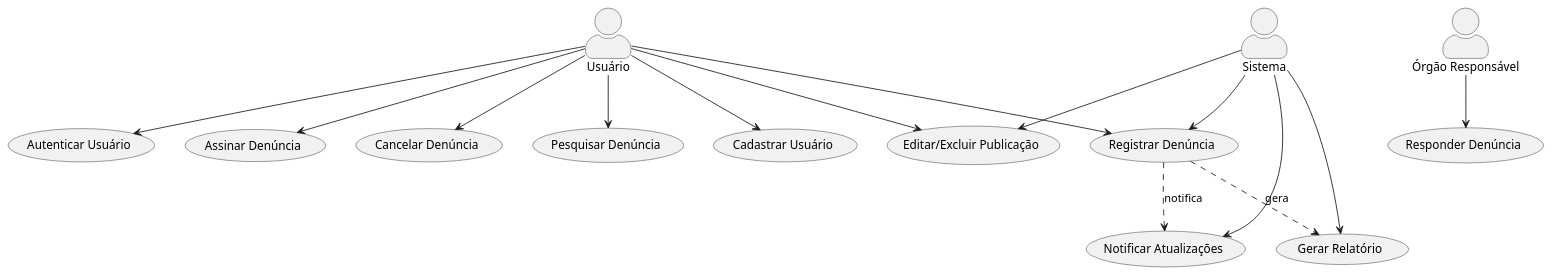
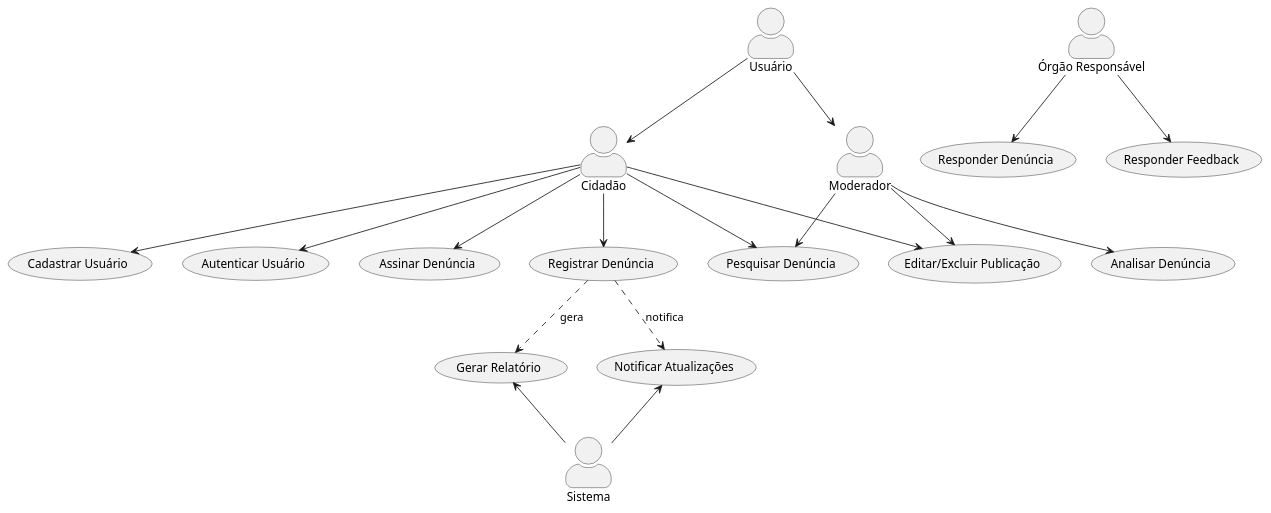
The diagram in Diagramas/Geral/useCaseDiagram.puml (erickfranciisco/Reclama.se), drawn with PlantUML before and after one commit.

```diff
--- a/Diagramas/Geral/useCaseDiagram.puml
+++ b/Diagramas/Geral/useCaseDiagram.puml
@@ -1,27 +1,35 @@
 @startuml
 
 skinparam actorStyle awesome
 
 actor "Usuário" as U
 actor "Órgão Responsável" as O
 actor "Sistema" as S
+actor "Moderador" as M
+actor "Cidadão" as C
 
-U --> (Cadastrar Usuário)
-U --> (Autenticar Usuário)
-U --> (Registrar Denúncia)
-U --> (Assinar Denúncia)
-U --> (Cancelar Denúncia)
-U --> (Pesquisar Denúncia)
-U --> (Editar/Excluir Publicação)
+U --> C
+U --> M
 
-S --> (Notificar Atualizações)
-S --> (Registrar Denúncia)
-S --> (Gerar Relatório)
-S --> (Editar/Excluir Publicação)
+C --> (Cadastrar Usuário)
+C --> (Autenticar Usuário)
+C --> (Registrar Denúncia)
+C --> (Assinar Denúncia)
+C --> (Pesquisar Denúncia)
+C --> (Editar/Excluir Publicação)
+
+M --> (Pesquisar Denúncia)
+M --> (Editar/Excluir Publicação)
+M --> (Analisar Denúncia)
+
+S -up-> (Notificar Atualizações)
+S -up-> (Gerar Relatório)
+
 
 O --> (Responder Denúncia)
+O --> (Responder Feedback)
 
 (Registrar Denúncia) .down.> (Gerar Relatório) : gera
 (Registrar Denúncia) .down.> (Notificar Atualizações) : notifica
 
 @enduml
```
